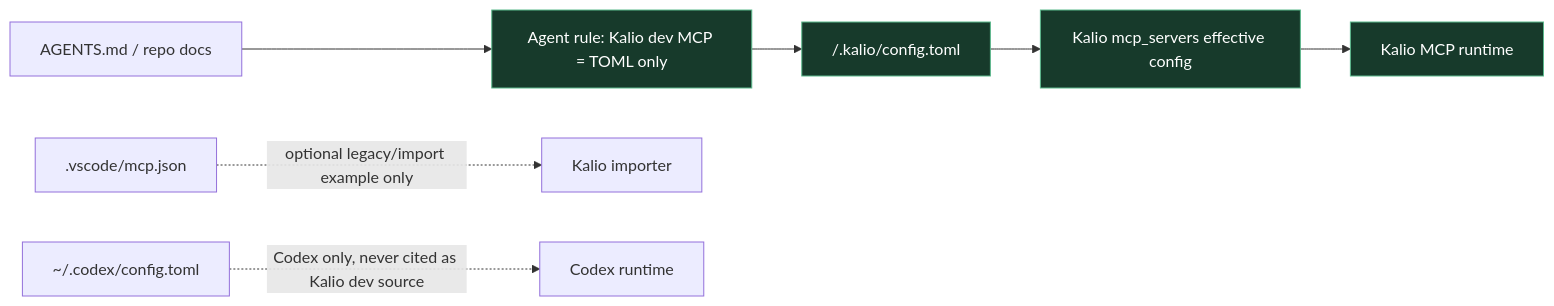
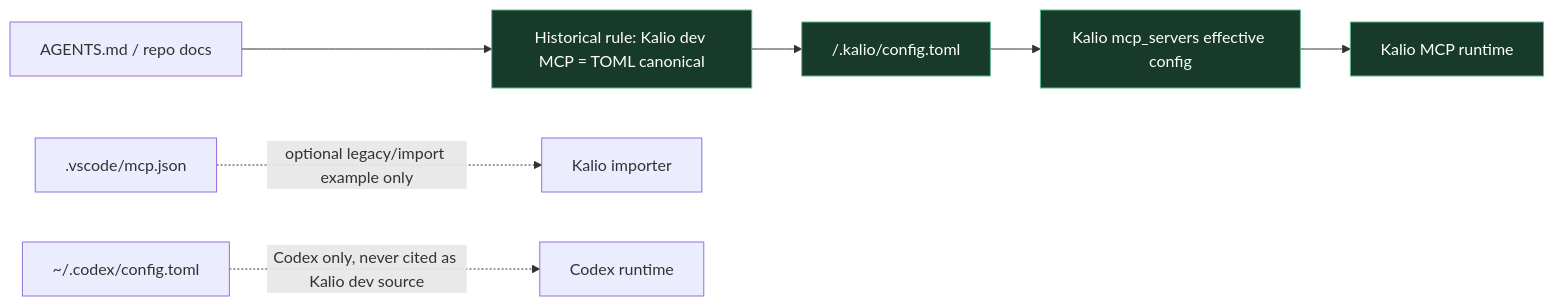
Before and after one commit to Radomiej/kalio-forever: the second of 3 diagrams in docs/todos/2026-06-26-kalio-dev-mcp-source-of-truth.md, drawn with Mermaid. The commit also changed other lines of this file and 9 other files, not shown here.

````diff
--- a/docs/todos/2026-06-26-kalio-dev-mcp-source-of-truth.md
+++ b/docs/todos/2026-06-26-kalio-dev-mcp-source-of-truth.md
@@ -38,13 +39,13 @@
 ```mermaid
 flowchart LR
-  A["AGENTS.md / repo docs"] --> B["Agent rule: Kalio dev MCP = TOML only"]
+  A["AGENTS.md / repo docs"] --> B["Historical rule: Kalio dev MCP = TOML canonical"]
   B --> D["<repo>/.kalio/config.toml"]
   D --> H["Kalio mcp_servers effective config"]
   H --> I["Kalio MCP runtime"]
 
   E[".vscode/mcp.json"] -. "optional legacy/import example only" .-> C["Kalio importer"]
   F["~/.codex/config.toml"] -. "Codex only, never cited as Kalio dev source" .-> G["Codex runtime"]
 
   classDef good fill:#173a2b,stroke:#5bb98c,color:#fff;
   class B,D,H,I good;
 ```
````
